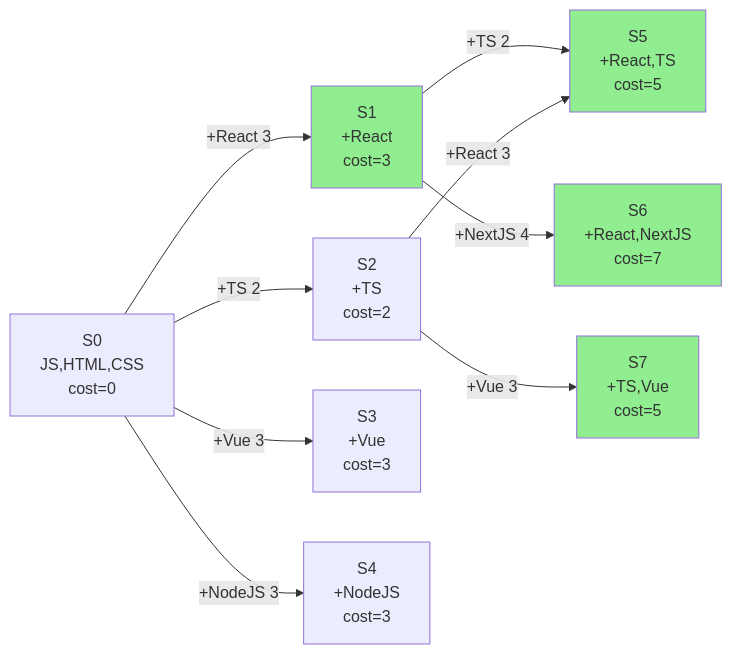
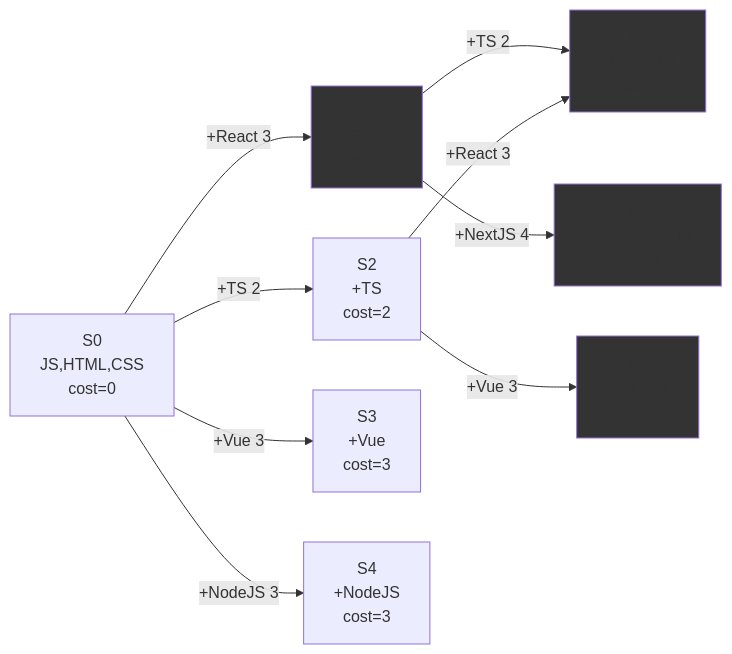
Before and after one commit to dungken/cv-assistant: the third of 5 diagrams in thesis_report/chuong2/2.2_learning_path_optimization.md, drawn with Mermaid. The commit also changed other lines of this file, not shown here.

````diff
--- a/thesis_report/chuong2/2.2_learning_path_optimization.md
+++ b/thesis_report/chuong2/2.2_learning_path_optimization.md
@@ -189,17 +193,17 @@
 ```mermaid
 graph LR
     S0["S0<br/>JS,HTML,CSS<br/>cost=0"]
     S0 -->|+React 3| S1["S1<br/>+React<br/>cost=3"]
     S0 -->|+TS 2| S2["S2<br/>+TS<br/>cost=2"]
     S0 -->|+Vue 3| S3["S3<br/>+Vue<br/>cost=3"]
     S0 -->|+NodeJS 3| S4["S4<br/>+NodeJS<br/>cost=3"]
     S1 -->|+TS 2| S5["S5<br/>+React,TS<br/>cost=5"]
     S1 -->|+NextJS 4| S6["S6<br/>+React,NextJS<br/>cost=7"]
     S2 -->|+React 3| S5
     S2 -->|+Vue 3| S7["S7<br/>+TS,Vue<br/>cost=5"]
 
-    style S1 fill:#90EE90
-    style S5 fill:#90EE90
-    style S6 fill:#90EE90
-    style S7 fill:#90EE90
+    style S1 fill:#333
+    style S5 fill:#333
+    style S6 fill:#333
+    style S7 fill:#333
 ```
````
